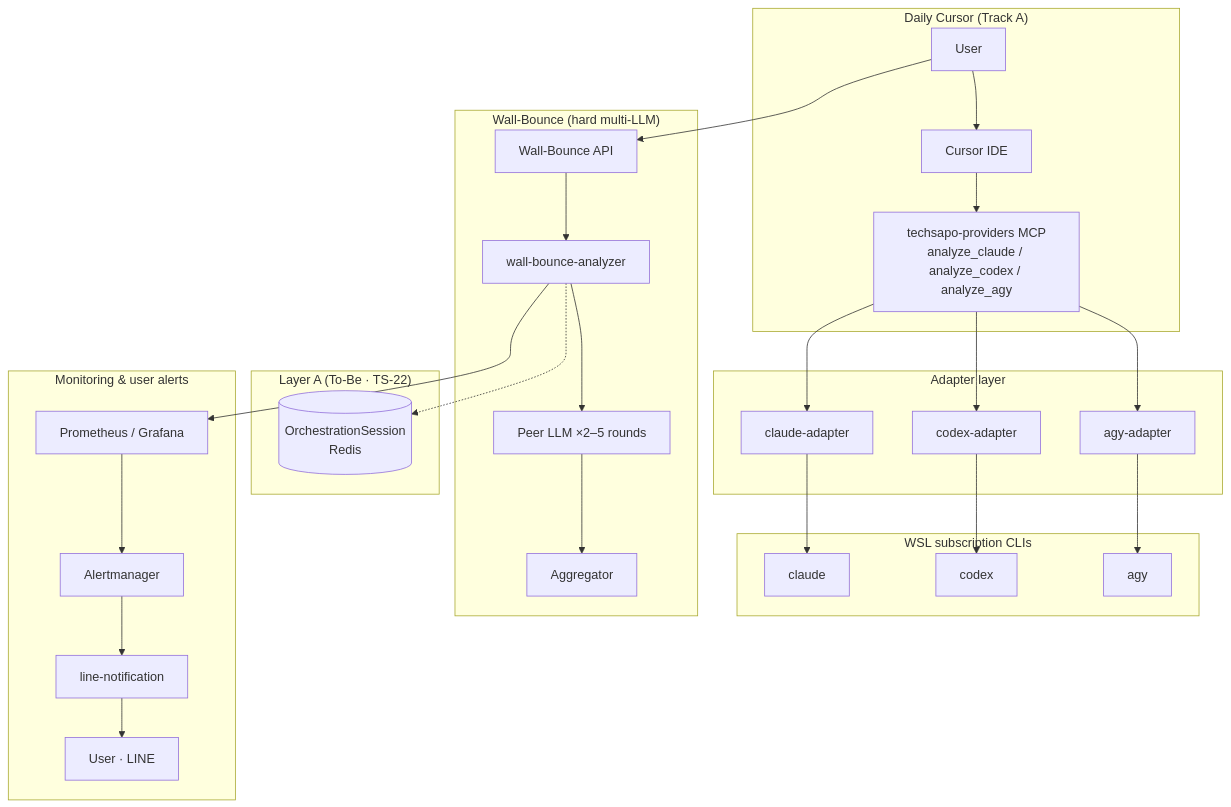
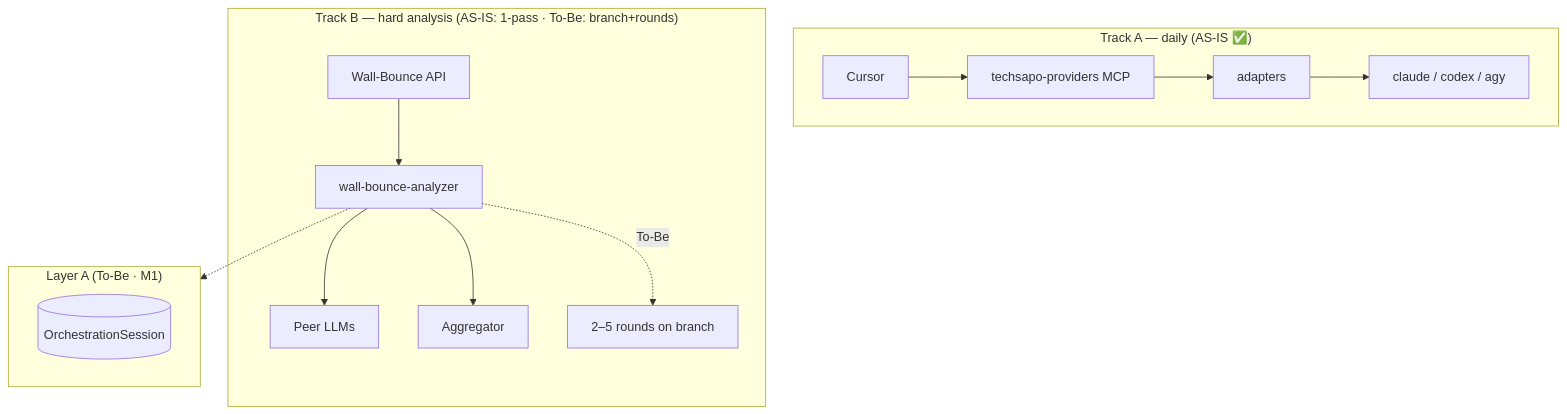
The diagram in README_en.md (wombat2006/techdev-cursor), drawn with Mermaid before and after one commit. The commit also changed other lines of this file and 17 other files, not shown here.

First line of the commit message:
docs: Wall-Bounce AS-IS/To-Be from code audit and README goal roadmap

````diff
--- a/README_en.md
+++ b/README_en.md
@@ -42,47 +89,20 @@
 ```mermaid
 flowchart TB
-  subgraph trackA["Daily Cursor (Track A)"]
-    U1[User]
-    CUR[Cursor IDE]
-    MCP[techsapo-providers MCP<br/>analyze_claude / analyze_codex / analyze_agy]
+  subgraph trackA["Track A — daily (AS-IS ✅)"]
+    CUR[Cursor] --> MCP[techsapo-providers MCP]
+    MCP --> AD[adapters] --> CLI[claude / codex / agy]
   end
 
-  subgraph adapters["Adapter layer"]
-    AD1[claude-adapter]
-    AD2[codex-adapter]
-    AD3[agy-adapter]
+  subgraph trackB["Track B — hard analysis (AS-IS: 1-pass · To-Be: branch+rounds)"]
+    API[Wall-Bounce API] --> WBA[wall-bounce-analyzer]
+    WBA --> PEER[Peer LLMs]
+    WBA --> AGG[Aggregator]
+    WBA -.->|To-Be| ROUNDS[2–5 rounds on branch]
   end
 
-  subgraph cli["WSL subscription CLIs"]
-    CL[claude]
-    CX[codex]
-    AG[agy]
+  subgraph mem["Layer A (To-Be · M1)"]
+    REDIS[(OrchestrationSession)]
   end
 
-  subgraph wb["Wall-Bounce (hard multi-LLM)"]
-    API[Wall-Bounce API]
-    WBA[wall-bounce-analyzer]
-    PEER[Peer LLM ×2–5 rounds]
-    AGG[Aggregator]
-  end
-
-  subgraph mem["Layer A (To-Be · TS-22)"]
-    REDIS[(OrchestrationSession<br/>Redis)]
-  end
-
-  subgraph mon["Monitoring & user alerts"]
-    PROM[Prometheus / Grafana]
-    AM[Alertmanager]
-    LN[line-notification]
-    U2[User · LINE]
-  end
-
-  U1 --> CUR --> MCP
-  MCP --> AD1 & AD2 & AD3
-  AD1 --> CL
-  AD2 --> CX
-  AD3 --> AG
-  U1 --> API --> WBA --> PEER --> AGG
-  WBA -.-> REDIS
-  WBA --> PROM --> AM --> LN --> U2
+  WBA -.-> mem
 ```
````
